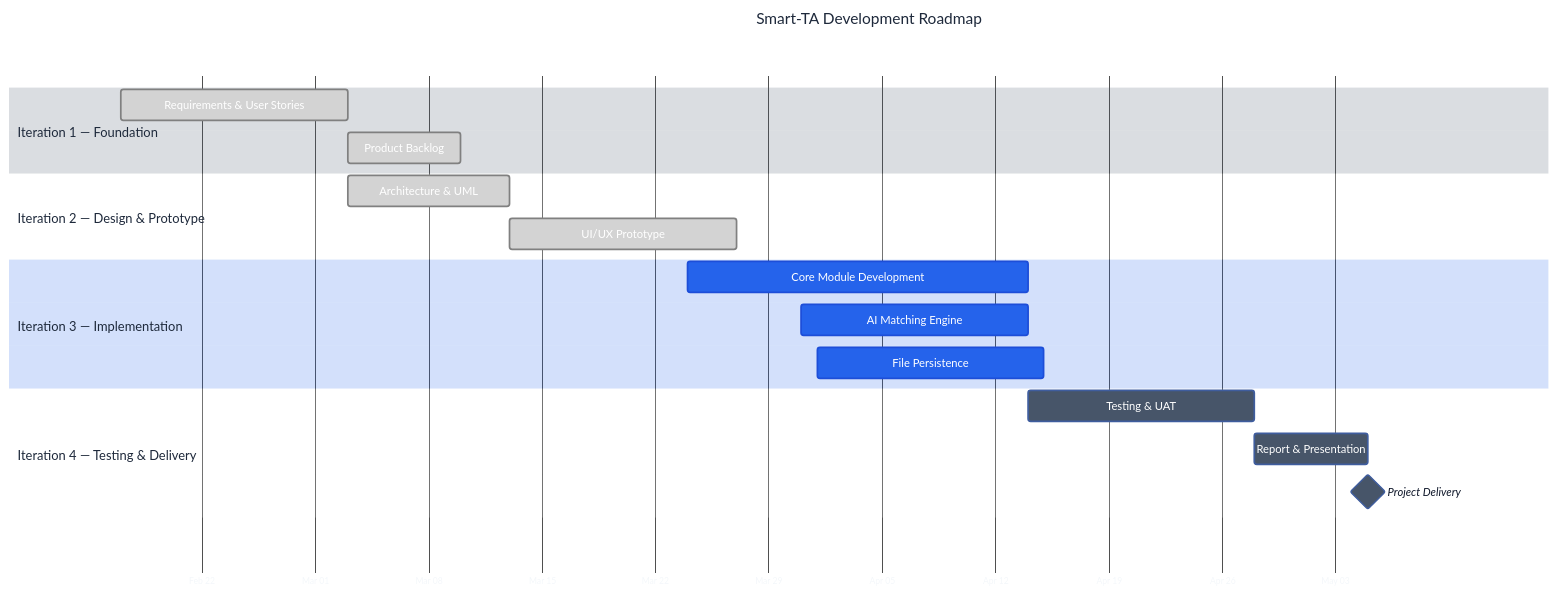
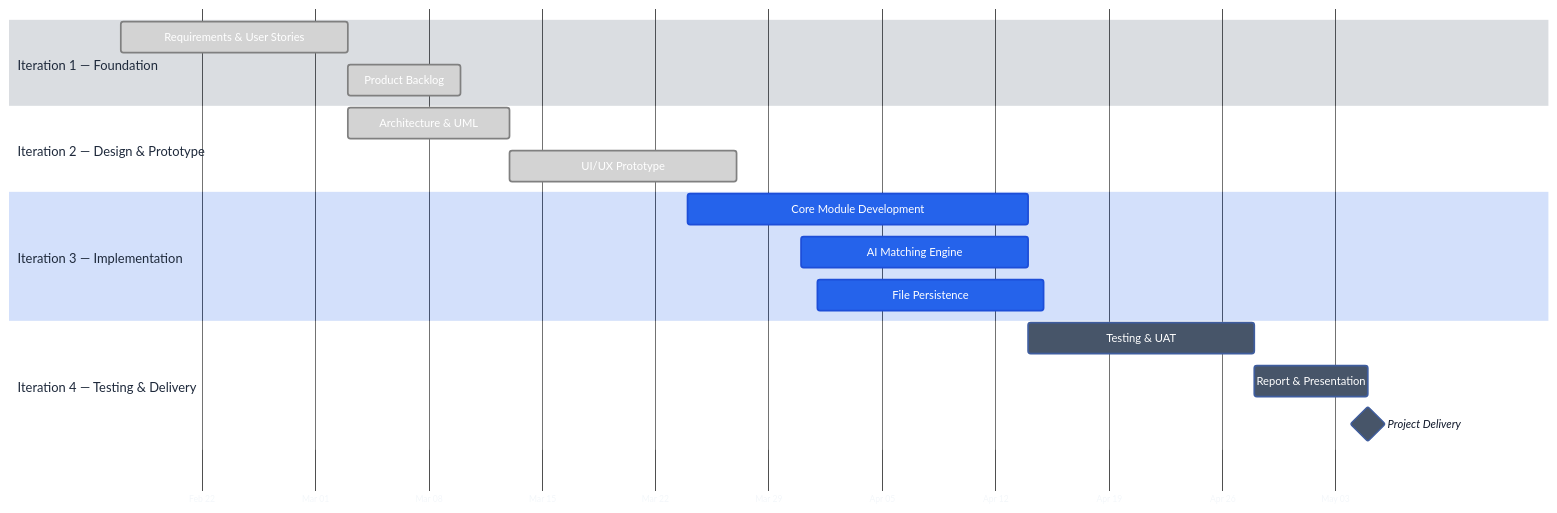
One commit to easyknowledge/Teaching-Assistant-Recruitment-System changed the second of 2 diagrams in README.md. Above: the diagram before and after it, drawn with Mermaid. The commit also changed other lines of this file, not shown here.

Commit message:
Add Smart-TA Development Roadmap section to README

````diff
--- a/README.md
+++ b/README.md
@@ -199,25 +201,24 @@
 ```mermaid
-%%{init: {'theme':'base','themeVariables':{'primaryColor':'#2563eb','primaryTextColor':'#ffffff','secondaryColor':'#64748b','tertiaryColor':'#475569','lineColor':'#94a3b8','textColor':'#f1f5f9','titleColor':'#1e293b','taskBkgColor':'#475569','taskTextColor':'#ffffff','taskTextLightColor':'#ffffff','taskTextDarkColor':'#ffffff','taskTextOutsideColor':'#0f172a','activeTaskBkgColor':'#2563eb','activeTaskBorderColor':'#1d4ed8','gridColor':'#334155','todayLineColor':'#ef4444'},'gantt':{'useWidth':2000,'useMaxWidth':true,'leftPadding':130,'rightPadding':420,'barHeight':36,'barGap':14,'fontSize':13,'sectionFontSize':15,'titleTopMargin':36,'topPadding':112}}}%%
+%%{init: {'theme':'base','themeVariables':{'primaryColor':'#2563eb','primaryTextColor':'#ffffff','secondaryColor':'#64748b','tertiaryColor':'#475569','lineColor':'#94a3b8','textColor':'#f1f5f9','titleColor':'#1e293b','taskBkgColor':'#475569','taskTextColor':'#ffffff','taskTextLightColor':'#ffffff','taskTextDarkColor':'#ffffff','taskTextOutsideColor':'#0f172a','activeTaskBkgColor':'#2563eb','activeTaskBorderColor':'#1d4ed8','gridColor':'#334155','todayLineColor':'#ef4444'},'gantt':{'useWidth':2000,'useMaxWidth':true,'leftPadding':130,'rightPadding':420,'barHeight':36,'barGap':14,'fontSize':13,'sectionFontSize':15,'titleTopMargin':20,'topPadding':96}}}%%
 gantt
-    title Smart-TA Development Roadmap
     dateFormat  YYYY-MM-DD
     axisFormat  %b %d
 
     section Iteration 1 — Foundation
     Requirements & User Stories                     :done, i1a, 2026-02-17, 14d
     Product Backlog                                 :done, i1b, after i1a, 7d
 
     section Iteration 2 — Design & Prototype
     Architecture & UML                              :done, i2a, 2026-03-03, 10d
     UI/UX Prototype                                 :done, i2b, after i2a, 14d
 
     section Iteration 3 — Implementation
     Core Module Development                         :active, i3a, 2026-03-24, 21d
     AI Matching Engine                              :active, i3b, 2026-03-31, 14d
     File Persistence                                :active, i3c, 2026-04-01, 14d
 
     section Iteration 4 — Testing & Delivery
     Testing & UAT                                   :i4a, 2026-04-14, 14d
     Report & Presentation                           :i4b, after i4a, 7d
     Project Delivery                                :milestone, 2026-05-05, 0d
 ```
````
